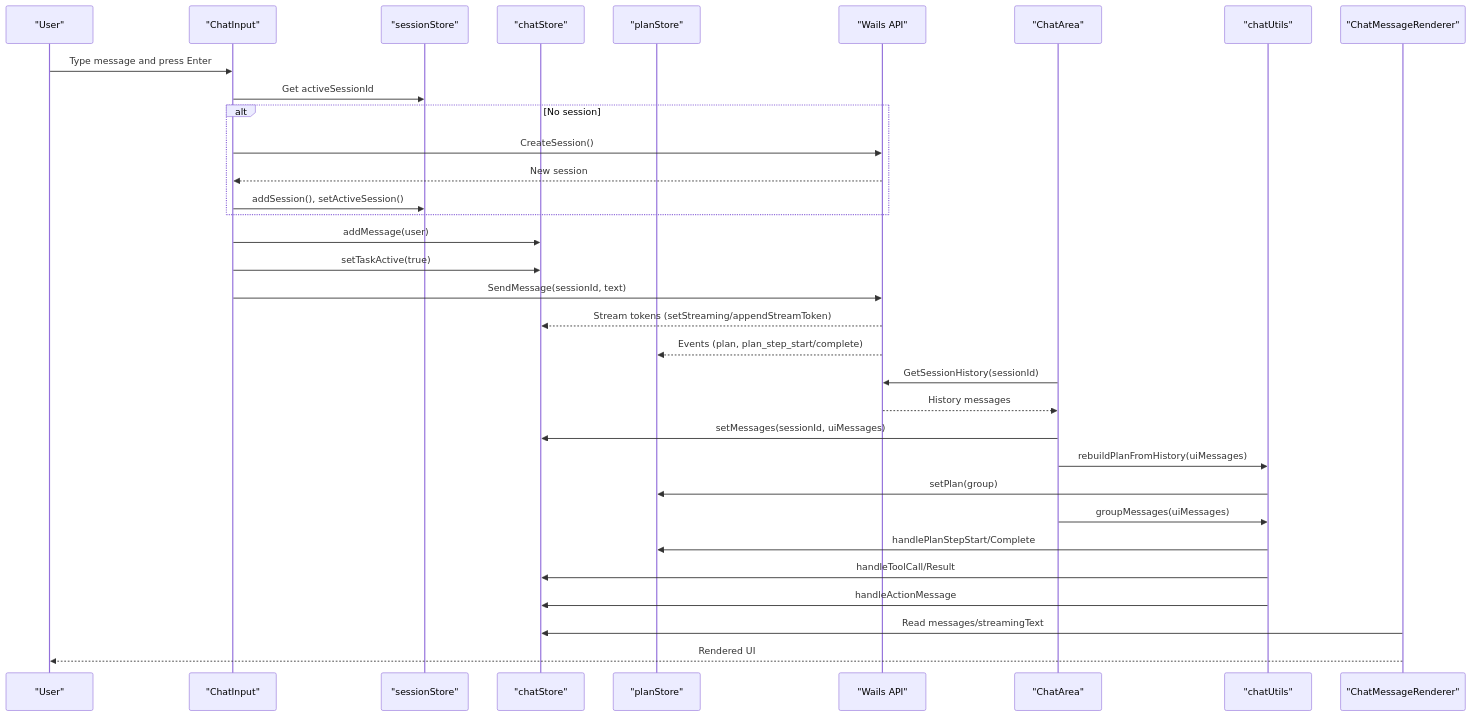
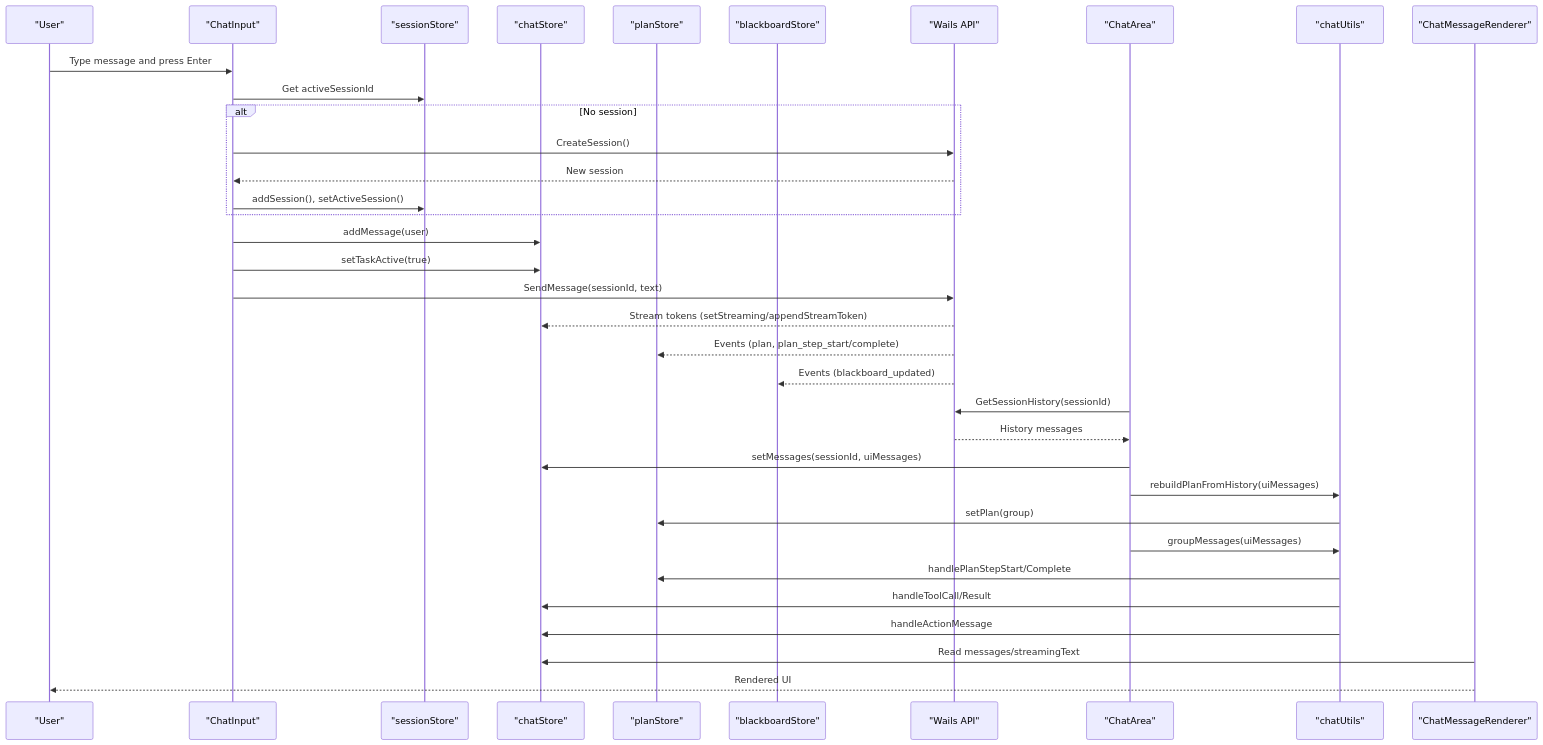
One commit to v0lka/c0wrk changed the second of 16 diagrams in .qoder/repowiki/en/content/Frontend Application/UI Components/Chat Interface Components.md. Above: the diagram before and after it, drawn with Mermaid. The commit also changed other lines of this file and 10 other files, not shown here.

````diff
--- a/.qoder/repowiki/en/content/Frontend Application/UI Components/Chat Interface Components.md
+++ b/.qoder/repowiki/en/content/Frontend Application/UI Components/Chat Interface Components.md
@@ -178,35 +211,37 @@
 ```mermaid
 sequenceDiagram
 participant User as "User"
 participant Input as "ChatInput"
 participant Session as "sessionStore"
 participant Chat as "chatStore"
 participant Plan as "planStore"
+participant Blackboard as "blackboardStore"
 participant Backend as "Wails API"
 participant Area as "ChatArea"
 participant Utils as "chatUtils"
 participant Renderer as "ChatMessageRenderer"
 User->>Input : Type message and press Enter
 Input->>Session : Get activeSessionId
 alt No session
 Input->>Backend : CreateSession()
 Backend-->>Input : New session
 Input->>Session : addSession(), setActiveSession()
 end
 Input->>Chat : addMessage(user)
 Input->>Chat : setTaskActive(true)
 Input->>Backend : SendMessage(sessionId, text)
 Backend-->>Chat : Stream tokens (setStreaming/appendStreamToken)
 Backend-->>Plan : Events (plan, plan_step_start/complete)
+Backend-->>Blackboard : Events (blackboard_updated)
 Area->>Backend : GetSessionHistory(sessionId)
 Backend-->>Area : History messages
 Area->>Chat : setMessages(sessionId, uiMessages)
 Area->>Utils : rebuildPlanFromHistory(uiMessages)
 Utils->>Plan : setPlan(group)
 Area->>Utils : groupMessages(uiMessages)
 Utils->>Plan : handlePlanStepStart/Complete
 Utils->>Chat : handleToolCall/Result
 Utils->>Chat : handleActionMessage
 Renderer->>Chat : Read messages/streamingText
 Renderer-->>User : Rendered UI
 ```
````
